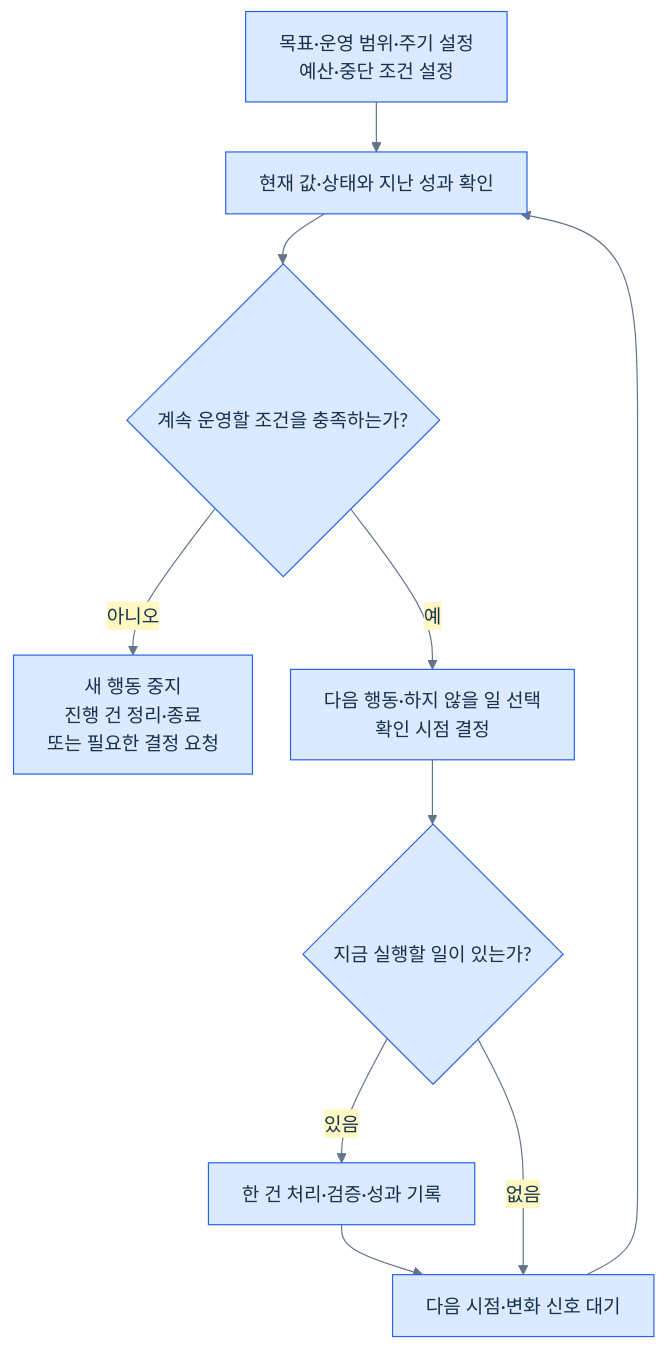
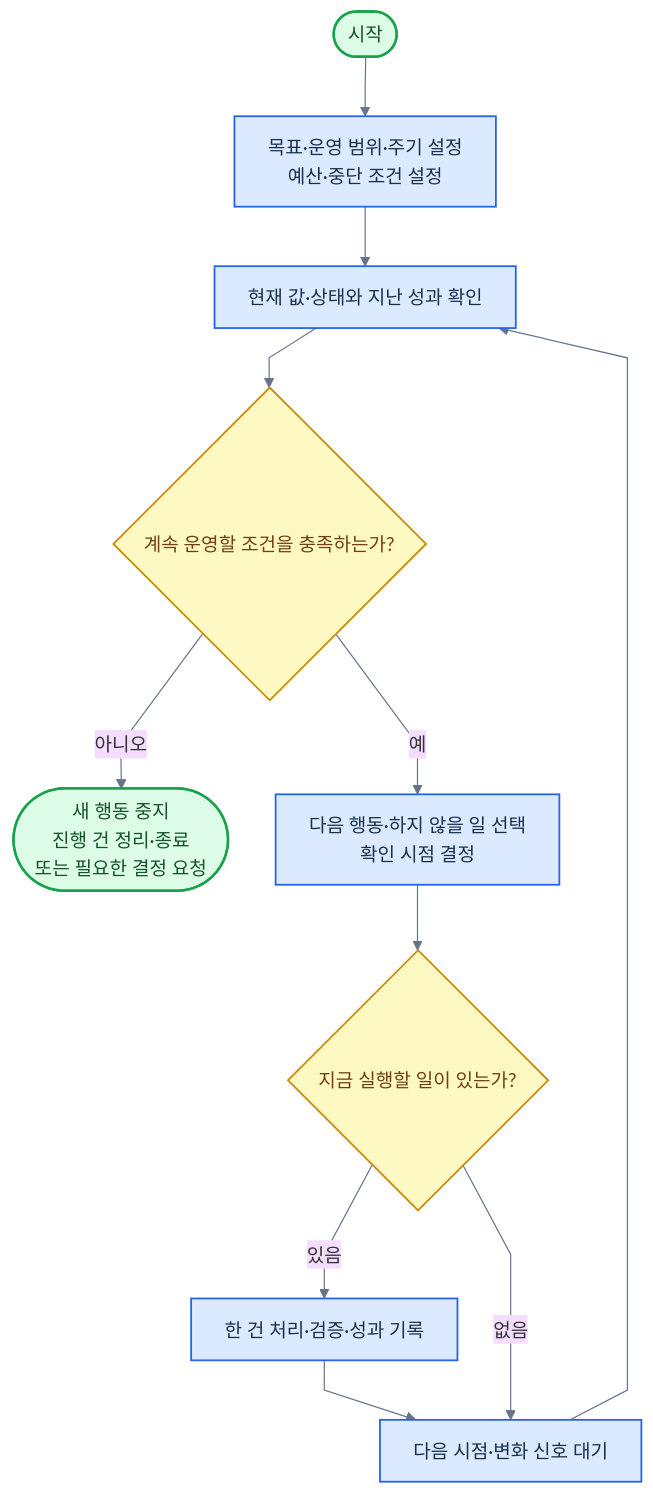
The fifth of 17 diagrams in 전문가 에이전트 정의 2.md (harisbaguette/expert), drawn with Mermaid before and after one commit. The commit also changed other lines of this file, not shown here.

````diff
--- a/전문가 에이전트 정의 2.md
+++ b/전문가 에이전트 정의 2.md
@@ -211,13 +260,25 @@
 ```mermaid
-%%{init: {"theme": "base", "themeVariables": {"fontFamily": "Arial, sans-serif", "fontSize": "16px", "primaryColor": "#dbeafe", "primaryTextColor": "#17314f", "primaryBorderColor": "#2563eb", "lineColor": "#64748b", "secondaryColor": "#fef9c3", "tertiaryColor": "#f8fafc"}, "flowchart": {"curve": "basis", "nodeSpacing": 32, "rankSpacing": 42, "padding": 14, "wrappingWidth": 240, "useMaxWidth": true}}}%%
+%%{init: {"theme":"base","themeVariables":{"fontFamily":"Arial, sans-serif","fontSize":"16px","lineColor":"#64748b"},"flowchart":{"curve":"linear","nodeSpacing":40,"rankSpacing":50,"padding":14,"wrappingWidth":240,"useMaxWidth":true}}}%%
 flowchart TB
+    S(["시작"])
     A["목표·운영 범위·주기 설정<br/>예산·중단 조건 설정"]
-    A --> B["현재 값·상태와 지난 성과 확인"]
-    B --> C{"계속 운영할 조건을 충족하는가?"}
-    C -->|아니오| X["새 행동 중지<br/>진행 건 정리·종료<br/>또는 필요한 결정 요청"]
-    C -->|예| D["다음 행동·하지 않을 일 선택<br/>확인 시점 결정"]
-    D --> E{"지금 실행할 일이 있는가?"}
-    E -->|있음| F["한 건 처리·검증·성과 기록"] --> G["다음 시점·변화 신호 대기"]
+    B["현재 값·상태와 지난 성과 확인"]
+    C{"계속 운영할 조건을 충족하는가?"}
+    X(["새 행동 중지<br/>진행 건 정리·종료<br/>또는 필요한 결정 요청"])
+    D["다음 행동·하지 않을 일 선택<br/>확인 시점 결정"]
+    E{"지금 실행할 일이 있는가?"}
+    F["한 건 처리·검증·성과 기록"]
+    G["다음 시점·변화 신호 대기"]
+    S --> A --> B --> C
+    C -->|아니오| X
+    C -->|예| D --> E
+    E -->|있음| F --> G
     E -->|없음| G
     G --> B
+    classDef default fill:#dbeafe,stroke:#2563eb,stroke-width:1.5px,color:#17314f
+    classDef term fill:#dcfce7,stroke:#16a34a,stroke-width:2px,color:#14532d
+    classDef stop fill:#fee2e2,stroke:#dc2626,stroke-width:2px,color:#7f1d1d
+    classDef dec fill:#fef9c3,stroke:#ca8a04,stroke-width:1.5px,color:#713f12
+    class S,X term
+    class C,E dec
 ```
````
